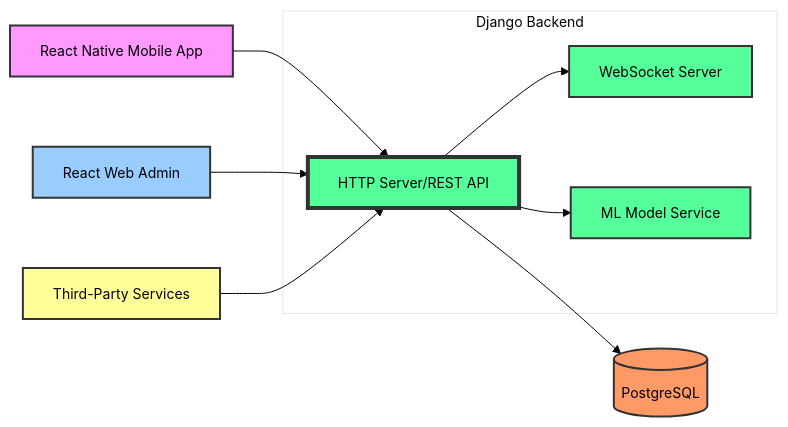
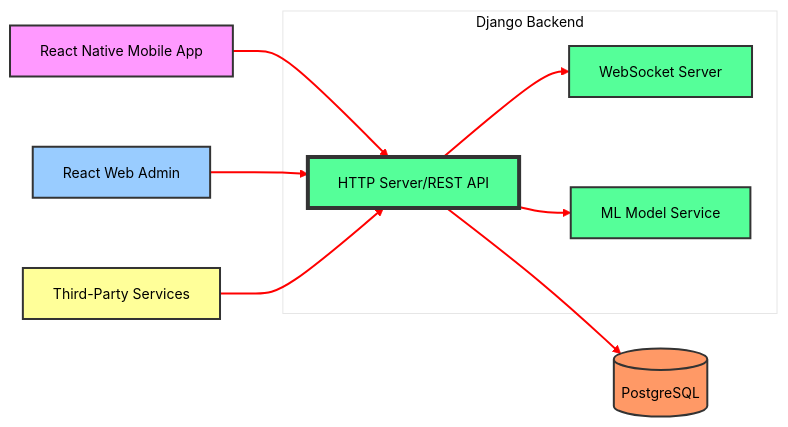
The diagram in README.md (PajiiMarr/crimsotech), drawn with Mermaid before and after one commit.

Commit message:
Visible arrow colors.

````diff
--- a/README.md
+++ b/README.md
@@ -36,24 +36,26 @@
 ```mermaid
-%%{init: {'theme': 'base', 'themeVariables': { 'background': '#ffffff', 'primaryColor': '#238636', 'primaryBorderColor': '#2ea043', 'primaryTextColor': '#000000', 'lineColor': '#000000', 'secondaryColor': '#f0f0f0', 'tertiaryColor': '#ffffff', 'fontFamily': 'arial', 'fontSize': '14px'}}}%%
+%%{init: {'theme': 'base', 'themeVariables': { 'background': '#ffffff', 'primaryColor': '#238636', 'primaryBorderColor': '#2ea043', 'primaryTextColor': '#000000', 'lineColor': '#ff0000', 'secondaryColor': '#f0f0f0', 'tertiaryColor': '#ffffff', 'fontFamily': 'arial', 'fontSize': '14px'}}}%%
 graph LR
     A[React Native Mobile App] --> D[HTTP Server/REST API]
     B[React Web Admin] --> D
     C[Third-Party Services] --> D
     D --> E[(PostgreSQL)]
     D --> F[WebSocket Server]
     D --> G[ML Model Service]
     
     subgraph "Django Backend"
         D
         F
         G
     end
     
     style A fill:#f9f,stroke:#333,stroke-width:2px,color:#000000
     style B fill:#9cf,stroke:#333,stroke-width:2px,color:#000000
     style C fill:#ff9,stroke:#333,stroke-width:2px,color:#000000
     style D fill:#5f9,stroke:#333,stroke-width:4px,color:#000000
     style E fill:#f96,stroke:#333,stroke-width:2px,color:#000000
     style F fill:#5f9,stroke:#333,stroke-width:2px,color:#000000
     style G fill:#5f9,stroke:#333,stroke-width:2px,color:#000000
+    
+    linkStyle default stroke:#ff0000,stroke-width:2px
 ```
````
